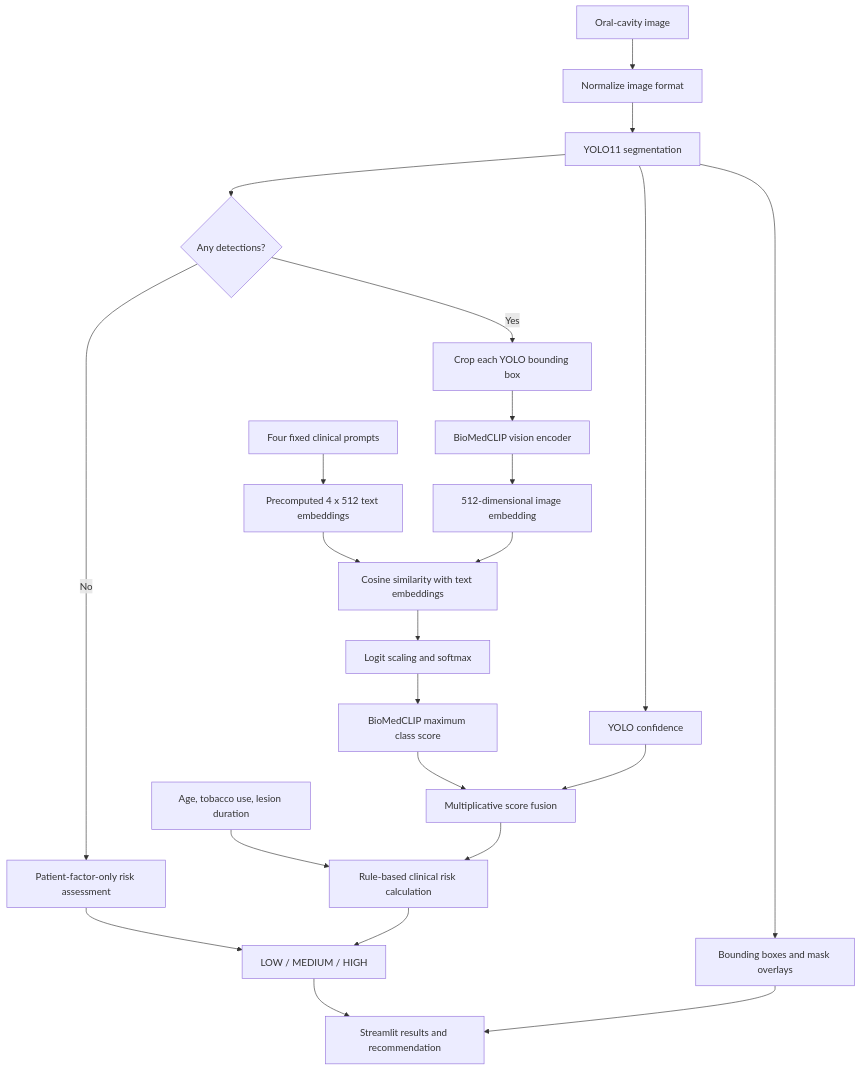
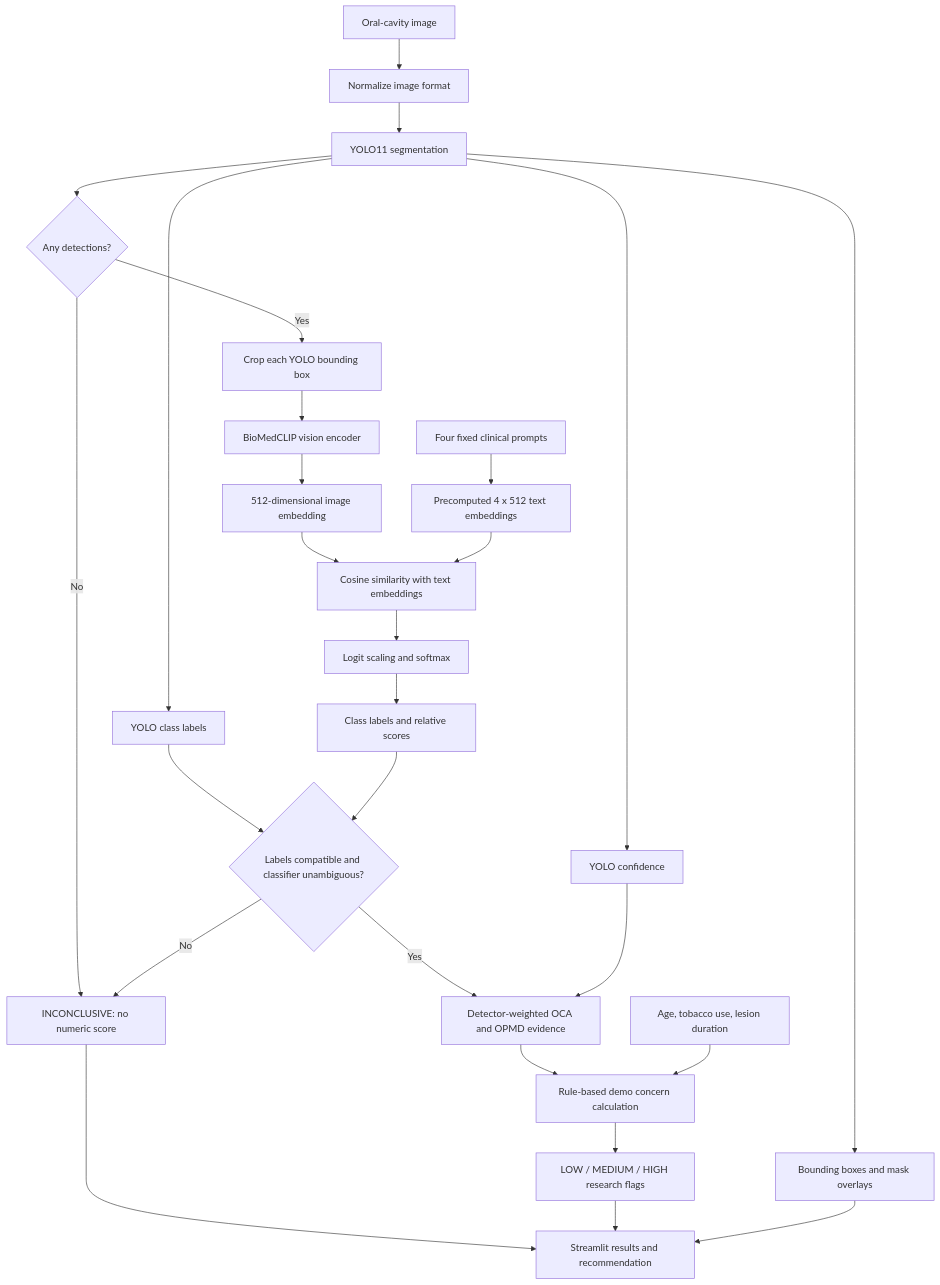
One commit to arnavp27/OncoEdge-Jetson changed the diagram in README.md. Above: the diagram before and after it, drawn with Mermaid. The commit also changed other lines of this file and 110 other files, not shown here.

Commit message:
Redesign sample demo and fix unresolved assessment handling

````diff
--- a/README.md
+++ b/README.md
@@ -59,25 +62,29 @@
 ```mermaid
 flowchart TD
     A[Oral-cavity image] --> B[Normalize image format]
     B --> C[YOLO11 segmentation]
     C --> D{Any detections?}
-    D -- No --> J[Patient-factor-only risk assessment]
+    D -- No --> J[INCONCLUSIVE: no numeric score]
     D -- Yes --> E[Crop each YOLO bounding box]
     E --> F[BioMedCLIP vision encoder]
     P[Four fixed clinical prompts] --> Q[Precomputed 4 x 512 text embeddings]
     F --> G[512-dimensional image embedding]
     G --> H[Cosine similarity with text embeddings]
     Q --> H
     H --> I[Logit scaling and softmax]
     C --> K[YOLO confidence]
-    I --> L[BioMedCLIP maximum class score]
-    K --> M[Multiplicative score fusion]
-    L --> M
-    M --> N[Rule-based clinical risk calculation]
+    I --> L[Class labels and relative scores]
+    C --> S[YOLO class labels]
+    S --> T{Labels compatible and classifier unambiguous?}
+    L --> T
+    T -- No --> J
+    T -- Yes --> M[Detector-weighted OCA and OPMD evidence]
+    K --> M
+    M --> N[Rule-based demo concern calculation]
     R[Age, tobacco use, lesion duration] --> N
-    J --> O[LOW / MEDIUM / HIGH]
-    N --> O
+    J --> W[Streamlit results and recommendation]
+    N --> O[LOW / MEDIUM / HIGH research flags]
     C --> V[Bounding boxes and mask overlays]
-    O --> W[Streamlit results and recommendation]
+    O --> W
     V --> W
 ```
````
